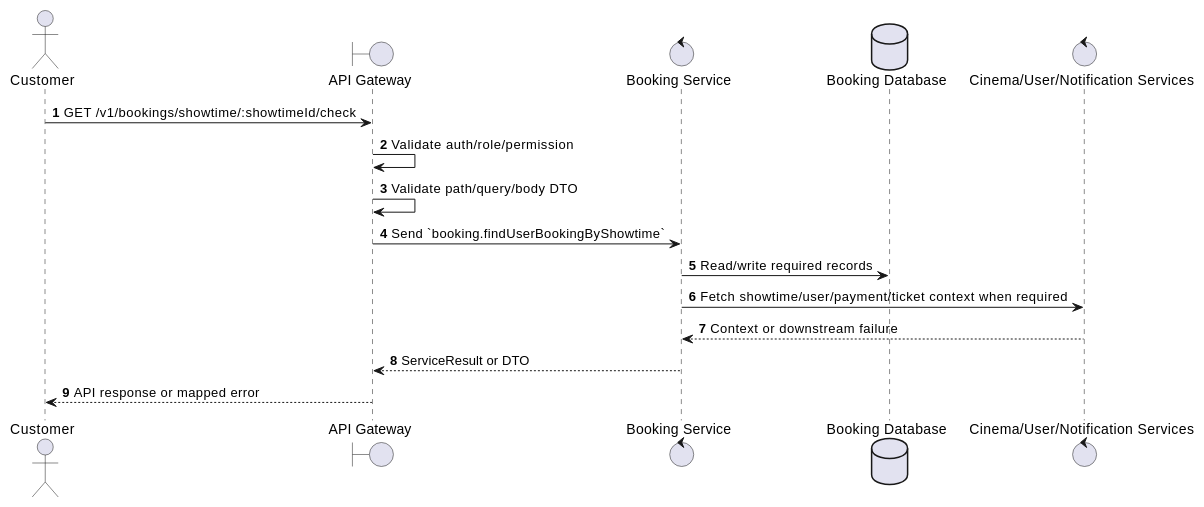
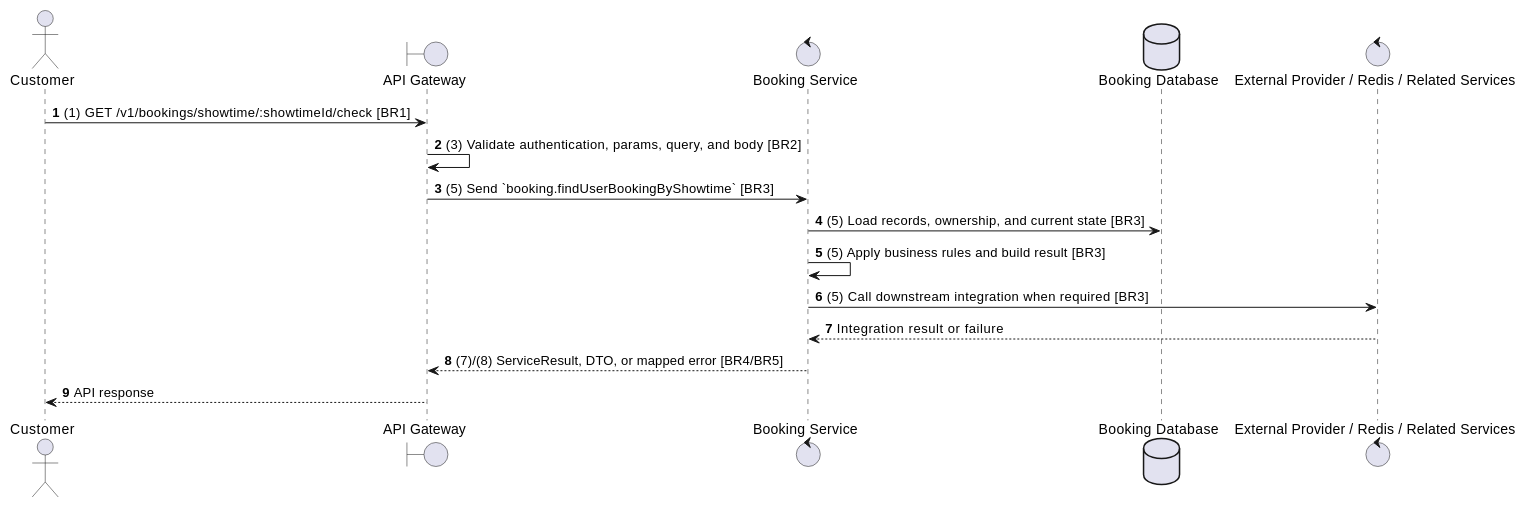
Before and after one commit to Tanh1603/movie-hub-architecture: the second of 2 diagrams in docs/functional_specs/3.5.1_User_Booking_Operations/BK-10_Check_User_Booking_at_Showtime.md, drawn with PlantUML. The commit also changed other lines of this file and 129 other files, not shown here.

````diff
--- a/docs/functional_specs/3.5.1_User_Booking_Operations/BK-10_Check_User_Booking_at_Showtime.md
+++ b/docs/functional_specs/3.5.1_User_Booking_Operations/BK-10_Check_User_Booking_at_Showtime.md
@@ -17,20 +64,20 @@
 ```plantuml
 @startuml
 autonumber
 actor "Customer" as Actor
 boundary "API Gateway" as GW
 control "Booking Service" as SVC
 database "Booking Database" as DB
-control "Cinema/User/Notification Services" as EXT
+control "External Provider / Redis / Related Services" as EXT
 
-Actor -> GW: GET /v1/bookings/showtime/:showtimeId/check
-GW -> GW: Validate auth/role/permission
-GW -> GW: Validate path/query/body DTO
-GW -> SVC: Send `booking.findUserBookingByShowtime`
-SVC -> DB: Read/write required records
-SVC -> EXT: Fetch showtime/user/payment/ticket context when required
-EXT --> SVC: Context or downstream failure
-SVC --> GW: ServiceResult or DTO
-GW --> Actor: API response or mapped error
+Actor -> GW: (1) GET /v1/bookings/showtime/:showtimeId/check [BR1]
+GW -> GW: (3) Validate authentication, params, query, and body [BR2]
+GW -> SVC: (5) Send `booking.findUserBookingByShowtime` [BR3]
+SVC -> DB: (5) Load records, ownership, and current state [BR3]
+SVC -> SVC: (5) Apply business rules and build result [BR3]
+SVC -> EXT: (5) Call downstream integration when required [BR3]
+EXT --> SVC: Integration result or failure
+SVC --> GW: (7)/(8) ServiceResult, DTO, or mapped error [BR4/BR5]
+GW --> Actor: API response
 @enduml
 ```
````
